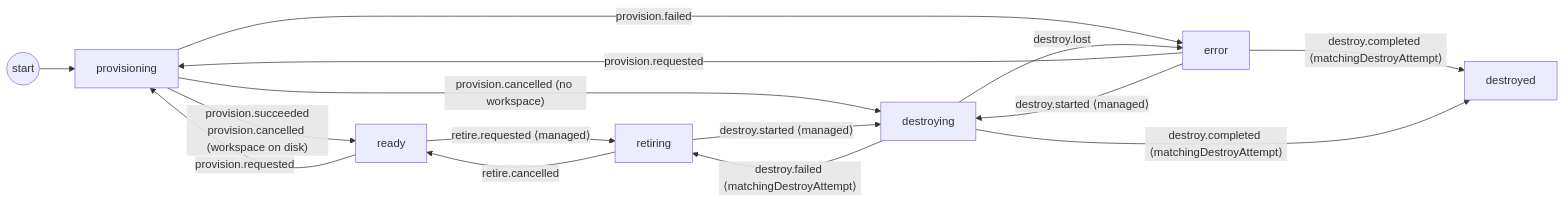
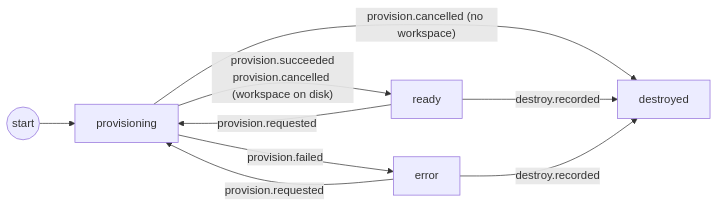
Before and after one commit to get-bb/bb: the second of 2 diagrams in docs/lifecycle-diagrams.md, drawn with Mermaid. The commit also changed 427 other files, not shown here.

````diff
--- a/docs/lifecycle-diagrams.md
+++ b/docs/lifecycle-diagrams.md
@@ -51,24 +51,16 @@
 ```mermaid
 flowchart LR
     __start((start))
     provisioning["provisioning"]
     ready["ready"]
-    retiring["retiring"]
     error["error"]
-    destroying["destroying"]
     destroyed["destroyed"]
     __start --> provisioning
     provisioning -->|"provision.succeeded<br/>provision.cancelled (workspace on disk)"| ready
     provisioning -->|"provision.failed"| error
-    provisioning -->|"provision.cancelled (no workspace)"| destroying
+    provisioning -->|"provision.cancelled (no workspace)"| destroyed
     ready -->|"provision.requested"| provisioning
-    ready -->|"retire.requested ⟨managed⟩"| retiring
-    retiring -->|"retire.cancelled"| ready
-    retiring -->|"destroy.started ⟨managed⟩"| destroying
+    ready -->|"destroy.recorded"| destroyed
     error -->|"provision.requested"| provisioning
-    error -->|"destroy.started ⟨managed⟩"| destroying
-    error -->|"destroy.completed ⟨matchingDestroyAttempt⟩"| destroyed
-    destroying -->|"destroy.completed ⟨matchingDestroyAttempt⟩"| destroyed
-    destroying -->|"destroy.failed ⟨matchingDestroyAttempt⟩"| retiring
-    destroying -->|"destroy.lost"| error
+    error -->|"destroy.recorded"| destroyed
 ```
````
